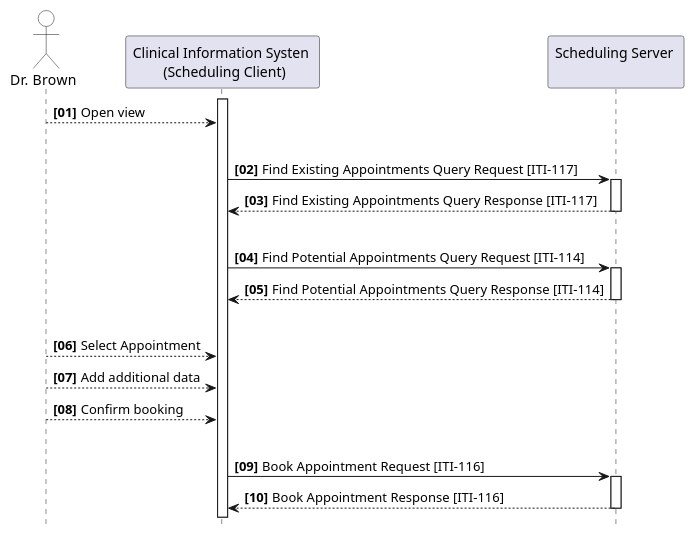
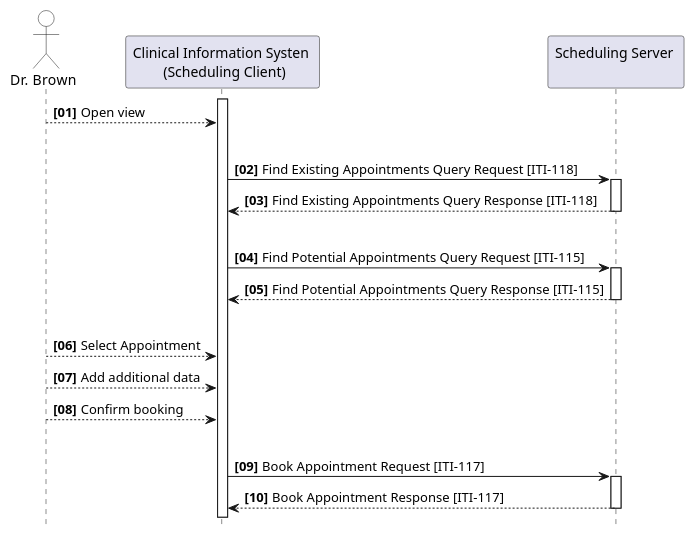
The diagram in input/images-source/uc1-flow.plantuml (IHE/ITI.Scheduling), drawn with PlantUML before and after one commit. The commit also changed 12 other files, not shown here.

```diff
--- a/input/images-source/uc1-flow.plantuml
+++ b/input/images-source/uc1-flow.plantuml
@@ -1,40 +1,40 @@
 @startuml
 skinparam responseMessageBelowArrow true
 skinparam svgDimensionStyle false
 hide footbox
 
 actor "Dr. Brown" as User #FFFFFF
 participant "Clinical Information Systen \n (Scheduling Client)" as RequestingActor
 participant "Scheduling Server \n" as RespondingActor
 
 autonumber 1 1 "<b>[00]"
 
 activate "RequestingActor"
 User --> RequestingActor: Open view
 
 |||
-RequestingActor -> RespondingActor: Find Existing Appointments Query Request [ITI-117]
+RequestingActor -> RespondingActor: Find Existing Appointments Query Request [ITI-118]
 activate "RespondingActor"
-RespondingActor --> RequestingActor: Find Existing Appointments Query Response [ITI-117]
+RespondingActor --> RequestingActor: Find Existing Appointments Query Response [ITI-118]
 deactivate "RespondingActor"
 
 |||
-RequestingActor -> RespondingActor: Find Potential Appointments Query Request [ITI-114]
+RequestingActor -> RespondingActor: Find Potential Appointments Query Request [ITI-115]
 activate "RespondingActor"
-RespondingActor --> RequestingActor: Find Potential Appointments Query Response [ITI-114]
+RespondingActor --> RequestingActor: Find Potential Appointments Query Response [ITI-115]
 deactivate "RespondingActor"
 
 |||
 User --> RequestingActor: Select Appointment
 User --> RequestingActor: Add additional data
 User --> RequestingActor: Confirm booking
 
 |||
-RequestingActor -> RespondingActor: Book Appointment Request [ITI-116]
+RequestingActor -> RespondingActor: Book Appointment Request [ITI-117]
 activate "RespondingActor"
-RespondingActor --> RequestingActor: Book Appointment Response [ITI-116]
+RespondingActor --> RequestingActor: Book Appointment Response [ITI-117]
 deactivate "RespondingActor"
 
 autonumber stop
 
 @enduml
```
